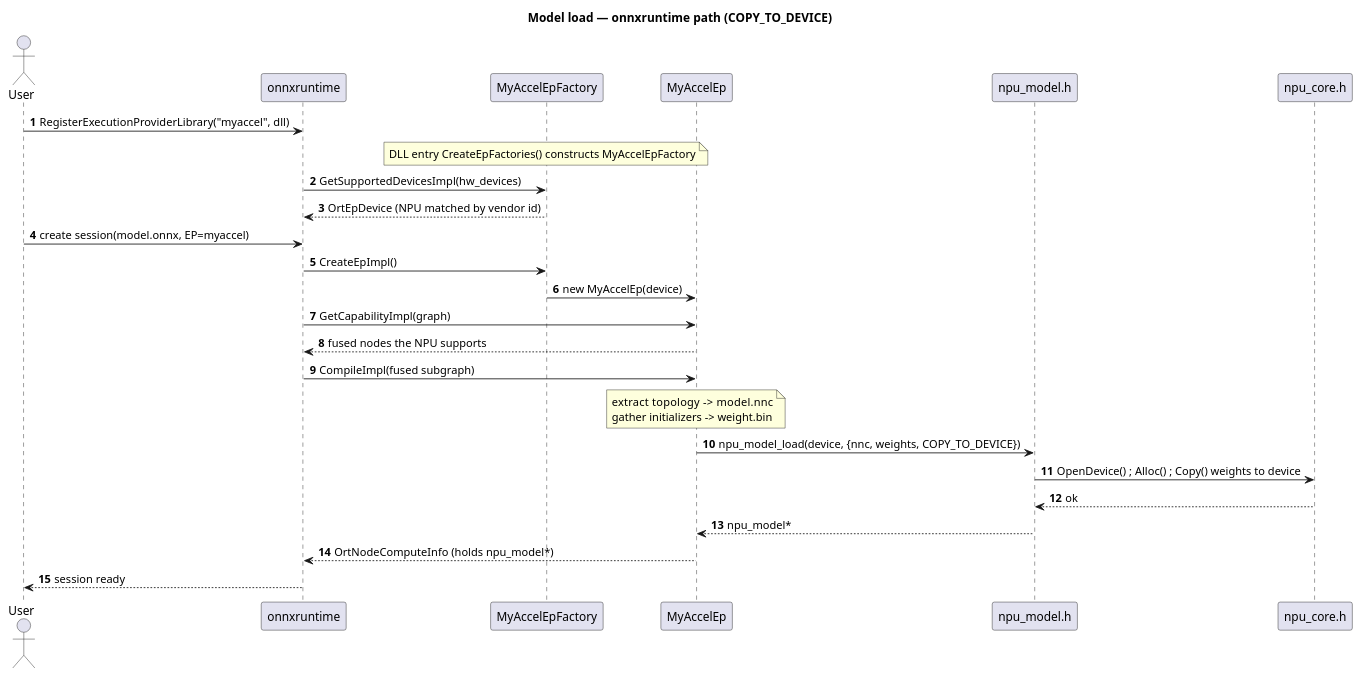
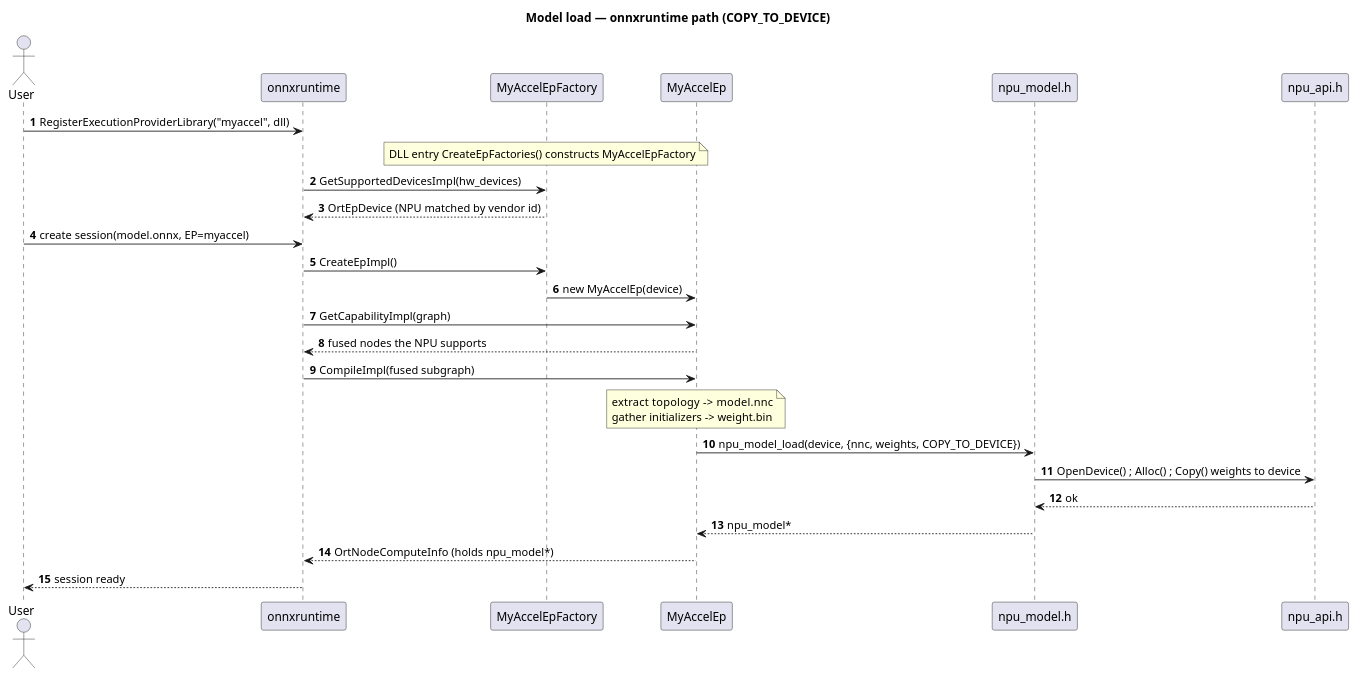
The third of 6 diagrams in shared_backend/docs/design.puml (froginaz/onnxruntime), drawn with PlantUML before and after one commit. The commit also changed other lines of this file and 15 other files, not shown here.

```diff
--- a/shared_backend/docs/design.puml
+++ b/shared_backend/docs/design.puml
@@ -163,33 +163,33 @@
 @startuml seq_load_ort
 title Model load — onnxruntime path (COPY_TO_DEVICE)
 autonumber
 skinparam shadowing false
 
 actor User
 participant "onnxruntime" as ORT
 participant MyAccelEpFactory as Factory
 participant MyAccelEp as EP
 participant "npu_model.h" as NpuModel
-participant "npu_core.h" as NpuCore
+participant "npu_api.h" as NpuCore
 
 User -> ORT : RegisterExecutionProviderLibrary("myaccel", dll)
 note over Factory : DLL entry CreateEpFactories() constructs MyAccelEpFactory
 ORT -> Factory : GetSupportedDevicesImpl(hw_devices)
 Factory --> ORT : OrtEpDevice (NPU matched by vendor id)
 User -> ORT : create session(model.onnx, EP=myaccel)
 ORT -> Factory : CreateEpImpl()
 Factory -> EP : new MyAccelEp(device)
 ORT -> EP : GetCapabilityImpl(graph)
 EP --> ORT : fused nodes the NPU supports
 ORT -> EP : CompileImpl(fused subgraph)
 note over EP
   extract topology   -> model.nnc
   gather initializers -> weight.bin
 end note
 EP -> NpuModel : npu_model_load(device, {nnc, weights, COPY_TO_DEVICE})
 NpuModel -> NpuCore : OpenDevice() ; Alloc() ; Copy() weights to device
 NpuCore --> NpuModel : ok
 NpuModel --> EP : npu_model*
 EP --> ORT : OrtNodeComputeInfo (holds npu_model*)
 ORT --> User : session ready
 @enduml
```
